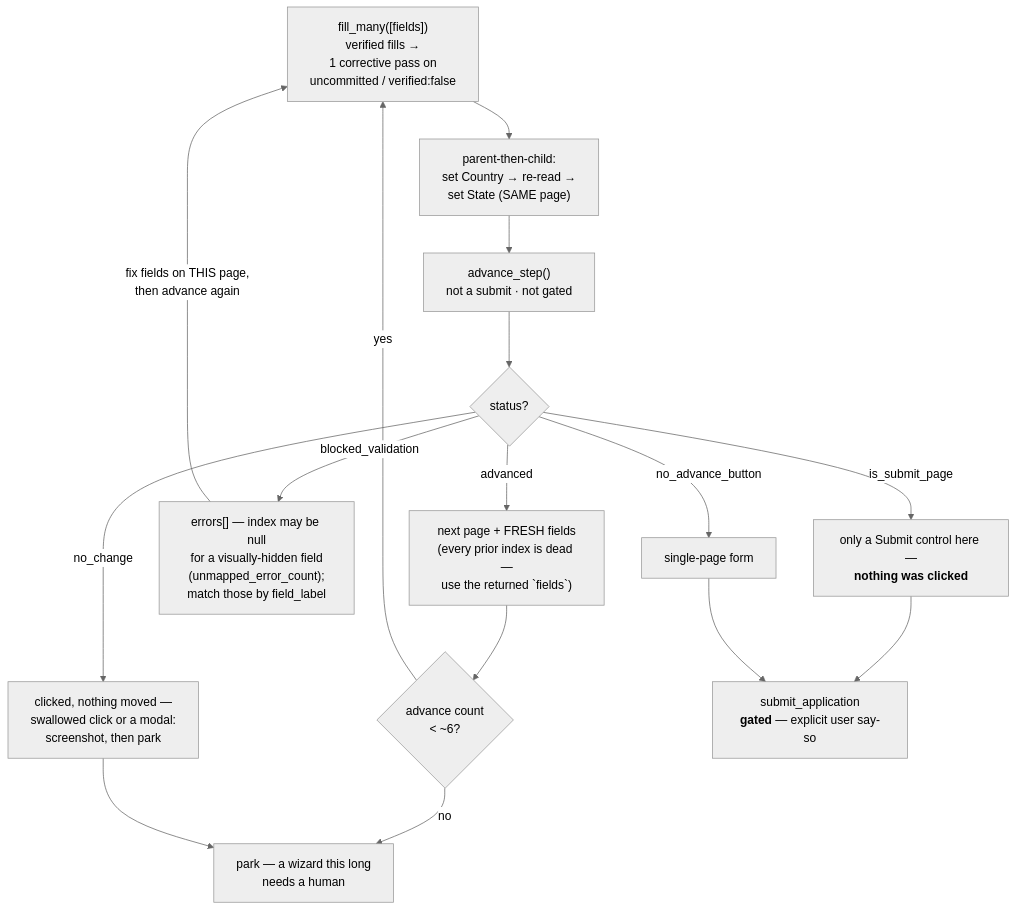
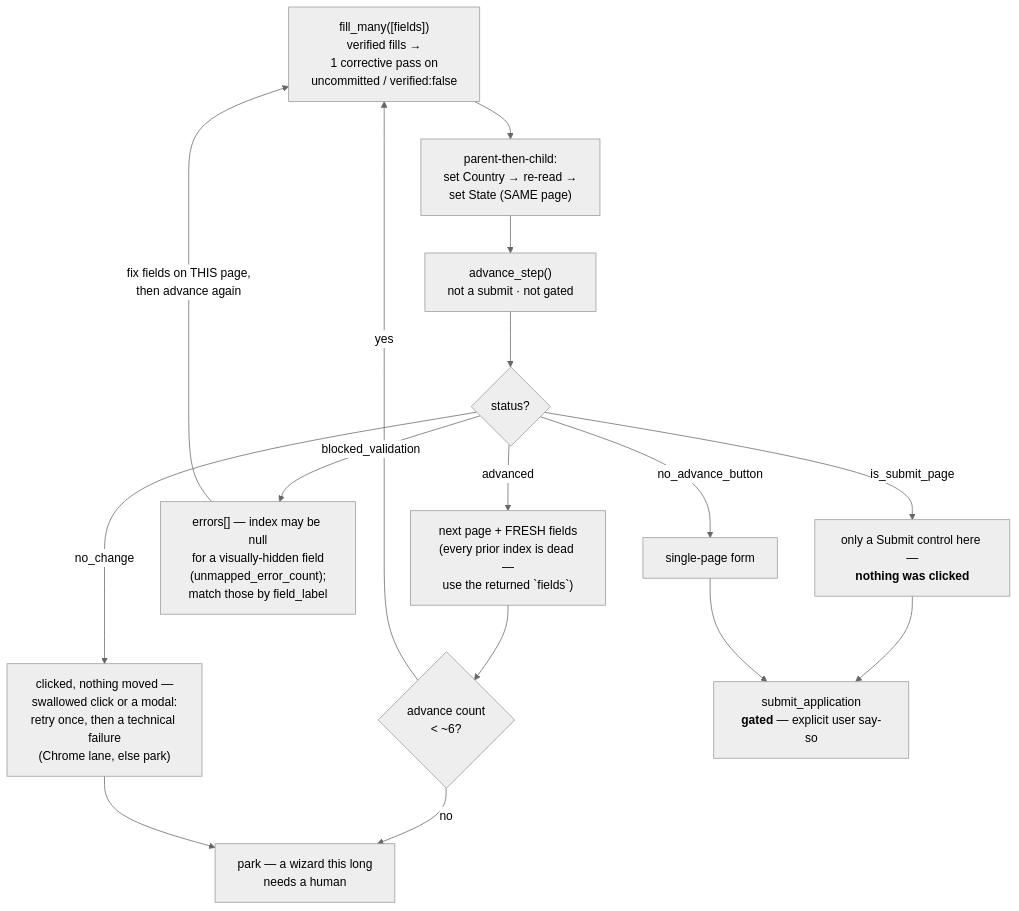
Before and after one commit to sbhaskaran0/job-applier: the fifth of 14 diagrams in README.md, drawn with Mermaid (neutral theme). The commit also changed other lines of this file and 6 other files, not shown here.

First line of the commit message:
docs+skills: branched Workday flow, account registry, technical-failure routing, Chrome fallback lane

````diff
--- a/README.md
+++ b/README.md
@@ -232,18 +269,18 @@
 ```mermaid
 flowchart TD
     A["fill_many([fields])<br/>verified fills →<br/>1 corrective pass on<br/>uncommitted / verified:false"] --> PC["parent-then-child:<br/>set Country → re-read →<br/>set State (SAME page)"]
     PC --> AD["advance_step()<br/>not a submit · not gated"]
     AD --> S{"status?"}
     S -->|"advanced"| NEW["next page + FRESH fields<br/>(every prior index is dead —<br/>use the returned `fields`)"]
     S -->|"blocked_validation"| ERR["errors[] — index may be null<br/>for a visually-hidden field<br/>(unmapped_error_count);<br/>match those by field_label"]
-    S -->|"no_change"| NC["clicked, nothing moved —<br/>swallowed click or a modal:<br/>screenshot, then park"]
+    S -->|"no_change"| NC["clicked, nothing moved —<br/>swallowed click or a modal:<br/>retry once, then a technical failure<br/>(Chrome lane, else park)"]
     S -->|"is_submit_page"| SUBMIT["only a Submit control here —<br/><b>nothing was clicked</b>"]
     S -->|"no_advance_button"| NAB["single-page form"]
     NEW --> CAP{"advance count<br/>&lt; ~6?"}
     CAP -->|"yes"| A
     CAP -->|"no"| PARK["park — a wizard this long<br/>needs a human"]
     ERR -->|"fix fields on THIS page,<br/>then advance again"| A
     NC --> PARK
     SUBMIT --> GATE["submit_application<br/><b>gated</b> — explicit user say-so"]
     NAB --> GATE
 ```
````
